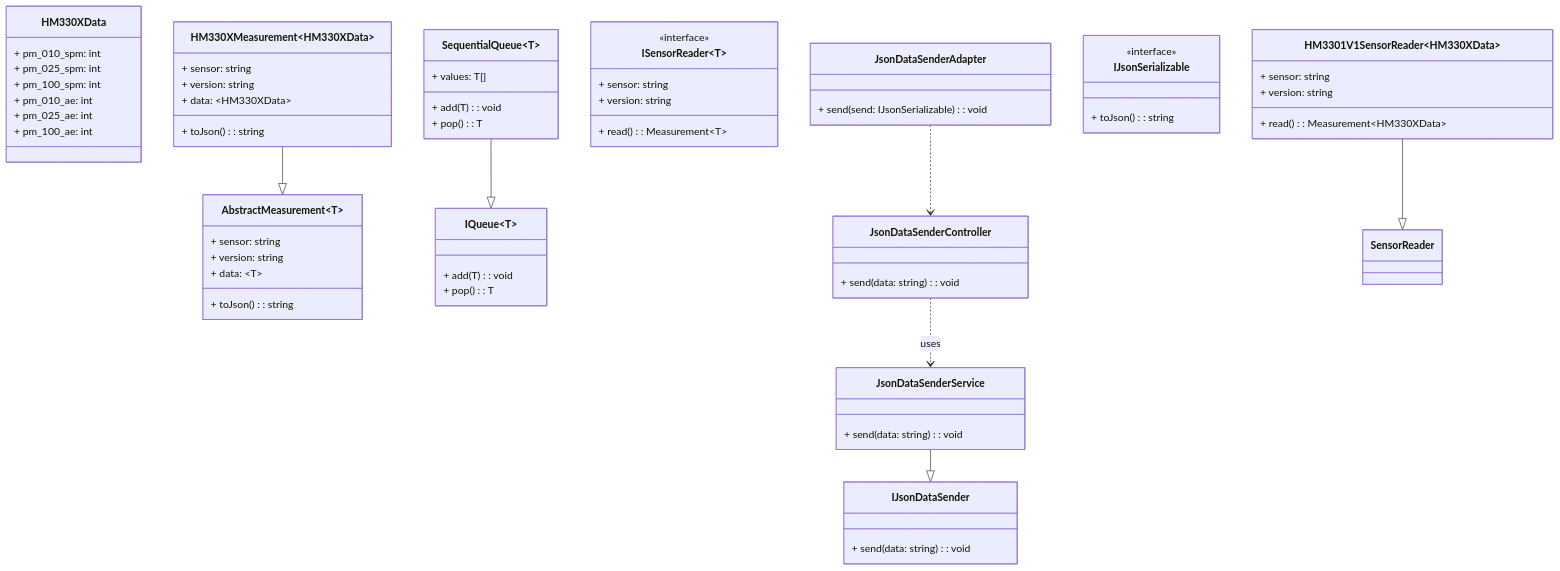
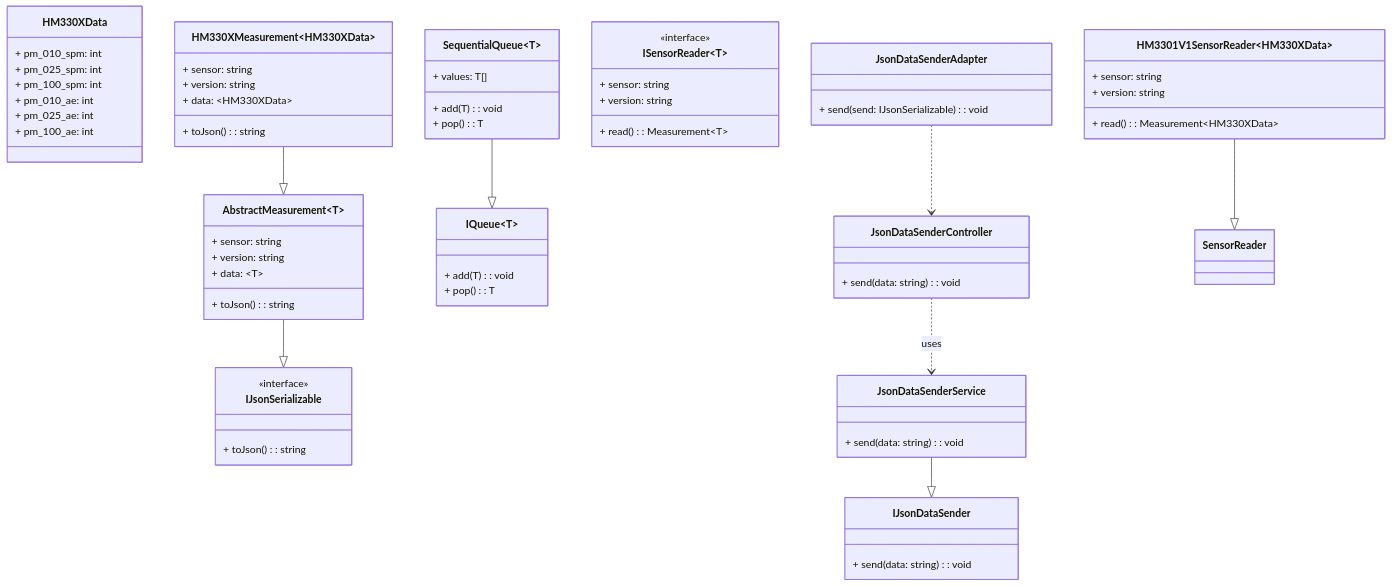
One commit to 1ucky40nc3/grove_sensor_arduino_nano_esp32 changed the first of 2 diagrams in README.md. Above: the diagram before and after it, drawn with Mermaid. The commit also changed 4 other files, not shown here.

Commit message:
sequenced queue

````diff
--- a/README.md
+++ b/README.md
@@ -76,66 +76,66 @@
 ```mermaid
 classDiagram
-
+    class IJsonSerializable {
+        <<interface>>
+        + toJson(): string
+    }
     class HM330XData {
         + pm_010_spm: int
         + pm_025_spm: int
         + pm_100_spm: int
         + pm_010_ae: int
         + pm_025_ae: int
         + pm_100_ae: int
     }
     class AbstractMeasurement~T~{
         + sensor: string
         + version: string
         + data: ~T~
         + toJson(): string
     }
     class HM330XMeasurement~HM330XData~{
         + sensor: string
         + version: string
         + data: ~HM330XData~
         + toJson(): string
     }
     class IQueue~T~ {
         + add(T): void
         + pop(): T
     }
     class SequentialQueue~T~ {
         + values: T[]
         + add(T): void
         + pop(): T
     }
     class ISensorReader~T~ {
         <<interface>>
         + sensor: string
         + version: string
         + read(): Measurement~T~
     }
     class HM3301V1SensorReader~HM330XData~ {
         + sensor: string
         + version: string
         + read(): Measurement~HM330XData~
     }
     class IJsonDataSender {
         + send(data: string): void
     }
     class JsonDataSenderService {
         + send(data: string): void
     }
     class JsonDataSenderController {
         + send(data: string): void
     }
-    class IJsonSerializable {
-        <<interface>>
-        + toJson(): string
-    }
     class JsonDataSenderAdapter {
         + send(send: IJsonSerializable): void
     }
+    AbstractMeasurement --|> IJsonSerializable
     HM330XMeasurement --|> AbstractMeasurement
     SequentialQueue --|> IQueue
     HM3301V1SensorReader --|> SensorReader
     JsonDataSenderService --|> IJsonDataSender
     JsonDataSenderController ..> JsonDataSenderService : uses
     JsonDataSenderAdapter ..> JsonDataSenderController
 ```
````
